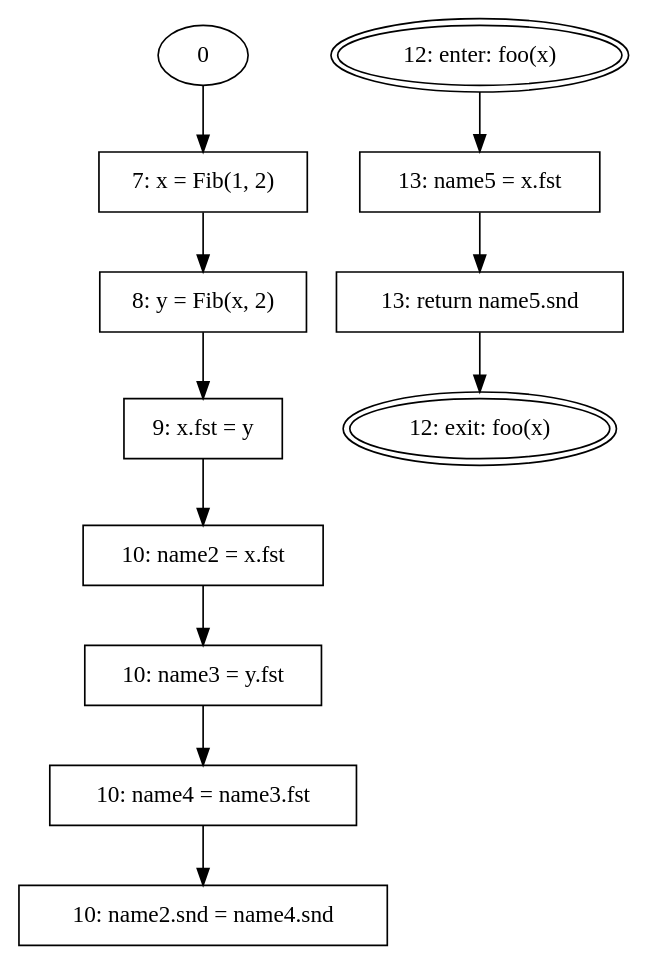
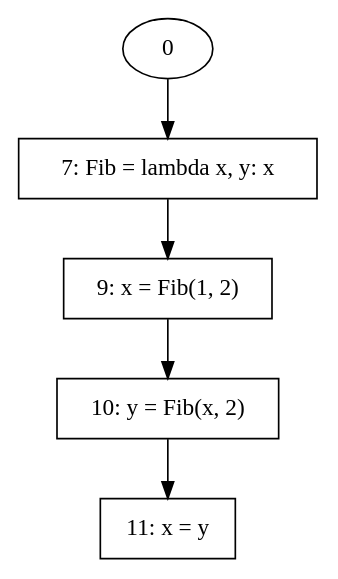
One commit to racerand/PyAnalysis changed the diagram in main/Source.gv. Above: the diagram before and after it, drawn with Graphviz.

```diff
--- a/main/Source.gv
+++ b/main/Source.gv
@@ -1,24 +1,11 @@
 // Control Flow Graph
 digraph {
-	1 [label="7: x = Fib(1, 2)" peripheries=1 shape=rectangle]
+	1 [label="7: Fib = lambda x, y: x" peripheries=1 shape=rectangle]
 	0 -> 1
-	2 [label="8: y = Fib(x, 2)" peripheries=1 shape=rectangle]
+	2 [label="9: x = Fib(1, 2)" peripheries=1 shape=rectangle]
 	1 -> 2
-	3 [label="9: x.fst = y" peripheries=1 shape=rectangle]
+	3 [label="10: y = Fib(x, 2)" peripheries=1 shape=rectangle]
 	2 -> 3
-	4 [label="10: name2 = x.fst" peripheries=1 shape=rectangle]
+	4 [label="11: x = y" peripheries=1 shape=rectangle]
 	3 -> 4
-	5 [label="10: name3 = y.fst" peripheries=1 shape=rectangle]
-	4 -> 5
-	6 [label="10: name4 = name3.fst" peripheries=1 shape=rectangle]
-	5 -> 6
-	7 [label="10: name2.snd = name4.snd" peripheries=1 shape=rectangle]
-	6 -> 7
-	8 [label="12: enter: foo(x)" peripheries=2 shape=oval]
-	9 [label="12: exit: foo(x)" peripheries=2 shape=oval]
-	11 -> 9
-	10 [label="13: name5 = x.fst" peripheries=1 shape=rectangle]
-	8 -> 10
-	11 [label="13: return name5.snd" peripheries=1 shape=rectangle]
-	10 -> 11
 }
```
